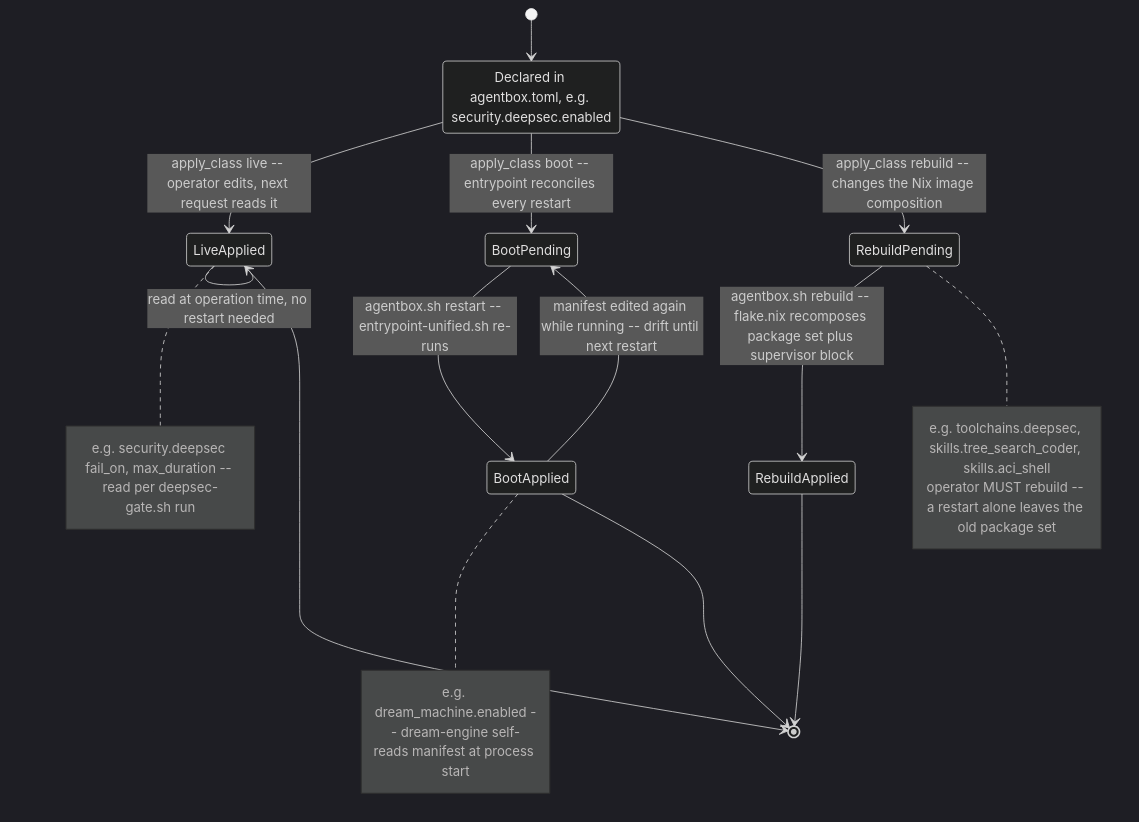
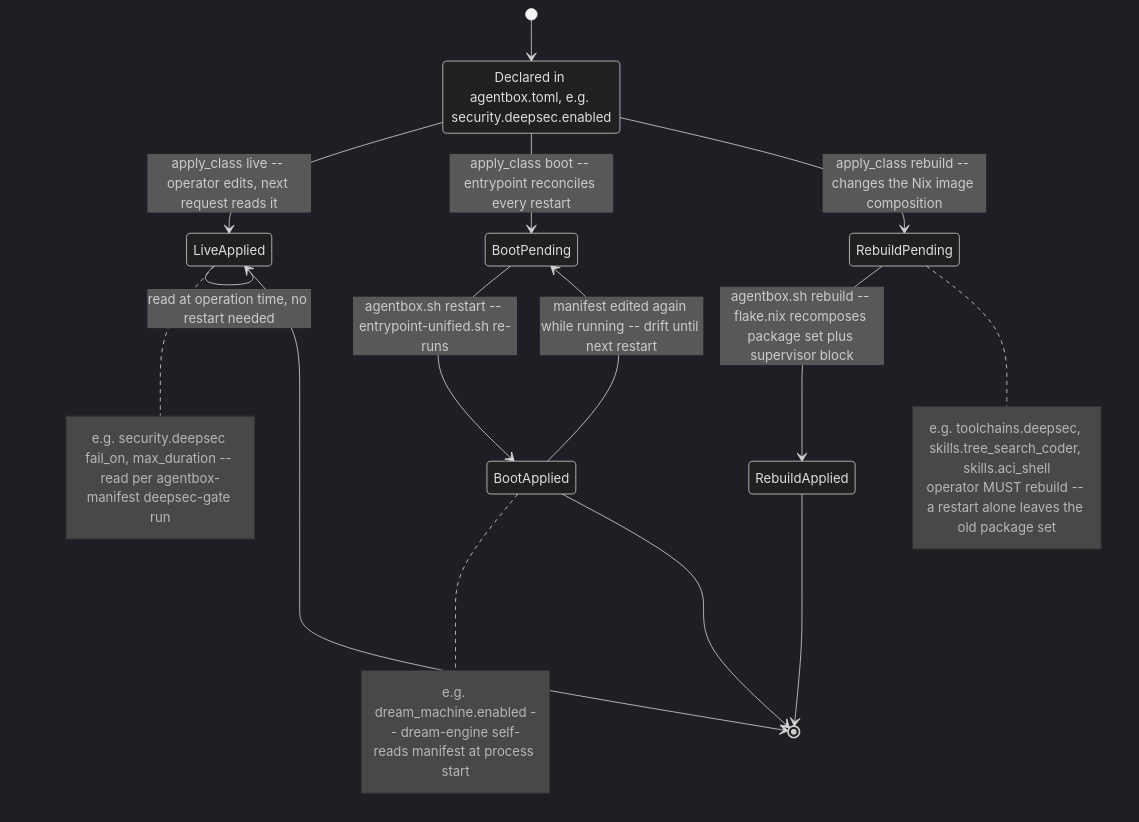
One commit to DreamLab-AI/VisionFlow changed the fourth of 15 diagrams in docs/diagrams/agentbox/15-capability-gating-spend-consultants.md. Above: the diagram before and after it, drawn with Mermaid (dark theme). The commit also changed other lines of this file and 36 other files, not shown here.

First line of the commit message:
docs(diagrams): re-derive and re-stamp agentbox, dream-engine, visioncraft, visiontouch and vowl topics; drop LAN addresses

````diff
--- a/docs/diagrams/agentbox/15-capability-gating-spend-consultants.md
+++ b/docs/diagrams/agentbox/15-capability-gating-spend-consultants.md
@@ -204,29 +205,29 @@
 ```mermaid
 stateDiagram-v2
     [*] --> Declared
     Declared: Declared in agentbox.toml, e.g. security.deepsec.enabled
     Declared --> LiveApplied: apply_class live -- operator edits, next request reads it
     Declared --> BootPending: apply_class boot -- entrypoint reconciles every restart
     Declared --> RebuildPending: apply_class rebuild -- changes the Nix image composition
 
     LiveApplied --> LiveApplied: read at operation time, no restart needed
     note right of LiveApplied
-        e.g. security.deepsec fail_on, max_duration -- read per deepsec-gate.sh run
+        e.g. security.deepsec fail_on, max_duration -- read per agentbox-manifest deepsec-gate run
     end note
 
     BootPending --> BootApplied: agentbox.sh restart -- entrypoint-unified.sh re-runs
     BootApplied --> BootPending: manifest edited again while running -- drift until next restart
     note right of BootApplied
         e.g. dream_machine.enabled -- dream-engine self-reads manifest at process start
     end note
 
     RebuildPending --> RebuildApplied: agentbox.sh rebuild -- flake.nix recomposes package set plus supervisor block
     note right of RebuildPending
         e.g. toolchains.deepsec, skills.tree_search_coder, skills.aci_shell
         operator MUST rebuild -- a restart alone leaves the old package set
     end note
 
     LiveApplied --> [*]
     BootApplied --> [*]
     RebuildApplied --> [*]
 ```
````
